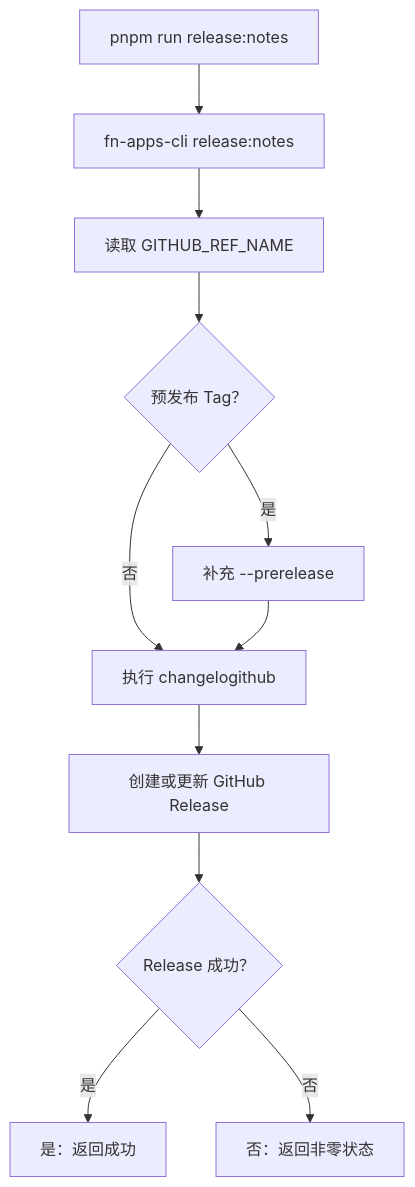
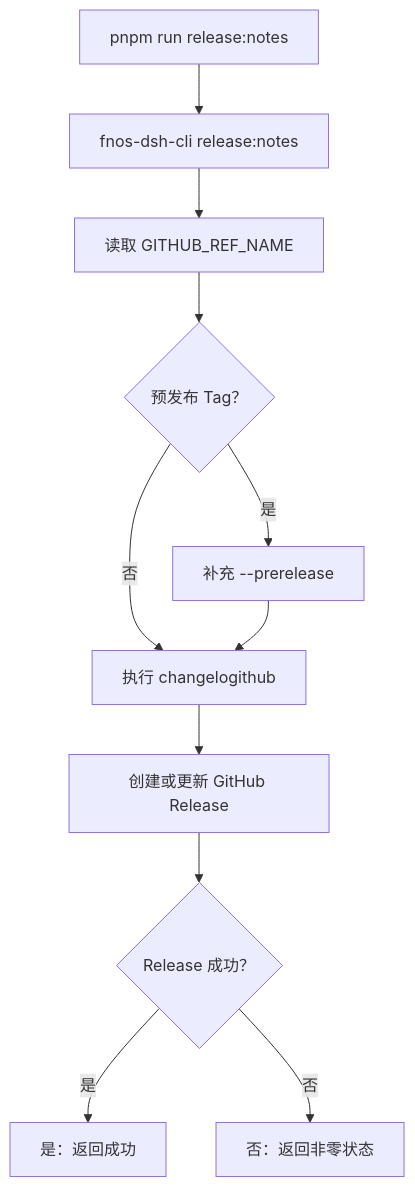
The second of 3 diagrams in docs/development/cli-commands.md (FNOSP/fnos-dsh), drawn with Mermaid before and after one commit. The commit also changed other lines of this file and 50 other files, not shown here.

````diff
--- a/docs/development/cli-commands.md
+++ b/docs/development/cli-commands.md
@@ -51,20 +51,20 @@
 ```mermaid
 flowchart TD
   command["pnpm run release:notes"]
-  cli["fn-apps-cli release:notes"]
+  cli["fnos-dsh-cli release:notes"]
   tag["读取 GITHUB_REF_NAME"]
   prerelease{"预发布 Tag？"}
   flag["补充 --prerelease"]
   changelog["执行 changelogithub"]
   github["创建或更新 GitHub Release"]
   status{"Release 成功？"}
   result["是：返回成功"]
   fail["否：返回非零状态"]
 
   command --> cli --> tag --> prerelease
   prerelease -->|是| flag
   prerelease -->|否| changelog
   flag --> changelog --> github --> status
   status -->|是| result
   status -->|否| fail
 ```
````
